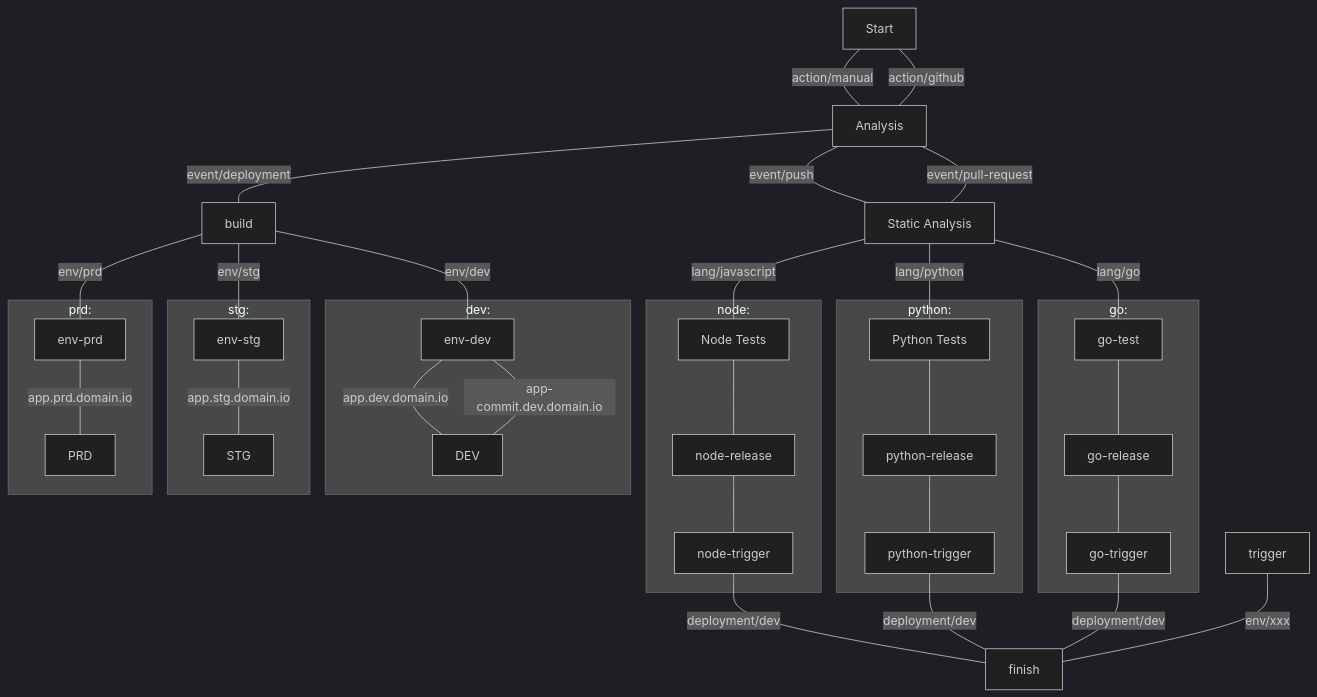
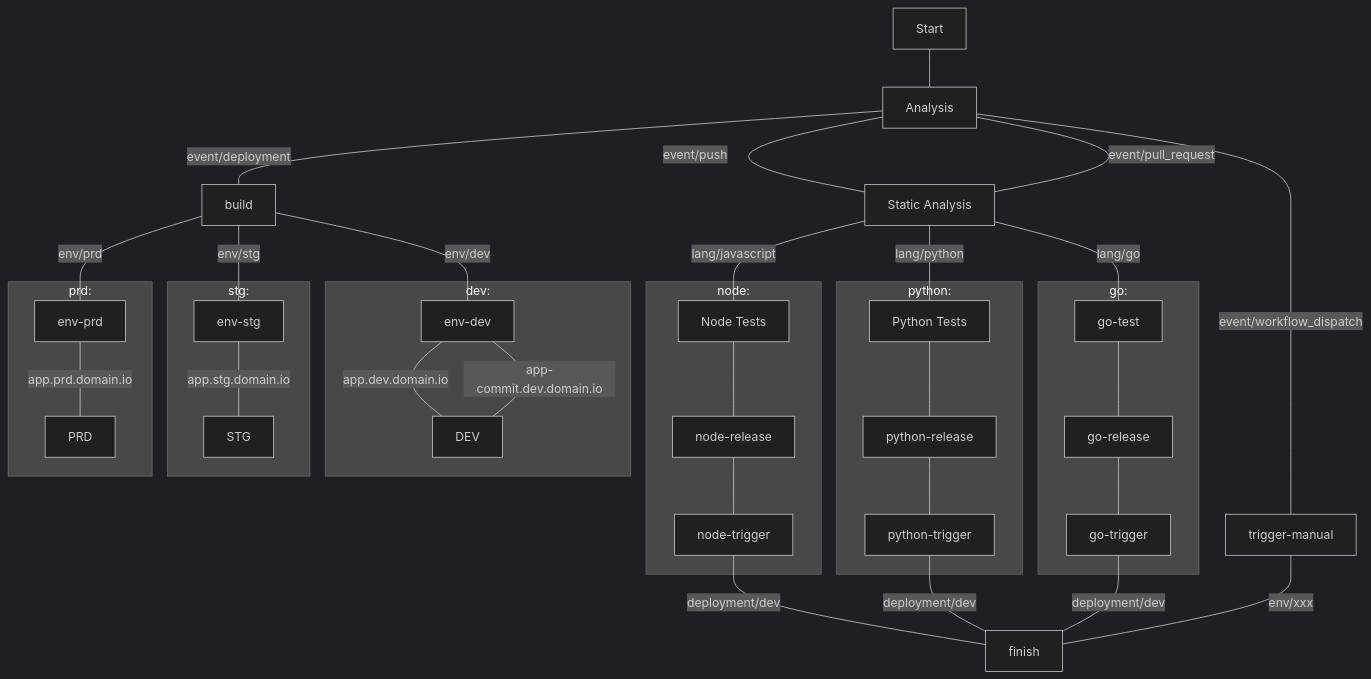
The first of 3 diagrams in README.md (filipeforattini/ff-iac-github-actions), drawn with Mermaid (dark theme) before and after one commit. The commit also changed other lines of this file, not shown here.

Commit message:
docs: new shared architecture mermaid

````diff
--- a/README.md
+++ b/README.md
@@ -83,56 +83,57 @@
 ```mermaid
 flowchart
   start[Start]
   analysis[Analysis]
   node-test[Node Tests]
   python-test[Python Tests]
   static-analysis[Static Analysis]
   
-  start --- |action/manual| analysis
-  start --- |action/github| analysis
+  start --- analysis
 
   analysis --- |event/push| static-analysis
+  analysis --- |event/pull_request| static-analysis
+  analysis --- |event/workflow_dispatch| trigger-manual
+
   static-analysis --- |lang/javascript| node-test
   static-analysis --- |lang/python| python-test
   static-analysis --- |lang/go| go-test
   
   subgraph node:
     node-test --- node-release
     node-release --- node-trigger
   end
 
   subgraph python:
     python-test --- python-release
     python-release --- python-trigger
   end
 
   subgraph go:
     go-test --- go-release
     go-release --- go-trigger
   end
 
   node-trigger --- |deployment/dev| finish
   python-trigger --- |deployment/dev| finish
   go-trigger --- |deployment/dev| finish
 
-  analysis --- |event/pull-request| static-analysis
-  trigger --- |env/xxx| finish
+  trigger-manual --- |env/xxx| finish
 
   analysis --- |event/deployment| build
   build --- |env/dev| env-dev
   build --- |env/stg| env-stg
   build --- |env/prd| env-prd
 
   subgraph dev:
     env-dev --- |app.dev.domain.io| DEV
     env-dev --- |app-commit.dev.domain.io| DEV
   end
 
   subgraph stg:
     env-stg --- |app.stg.domain.io| STG
   end
   
   subgraph prd:
     env-prd --- |app.prd.domain.io| PRD
   end
 ```
````
